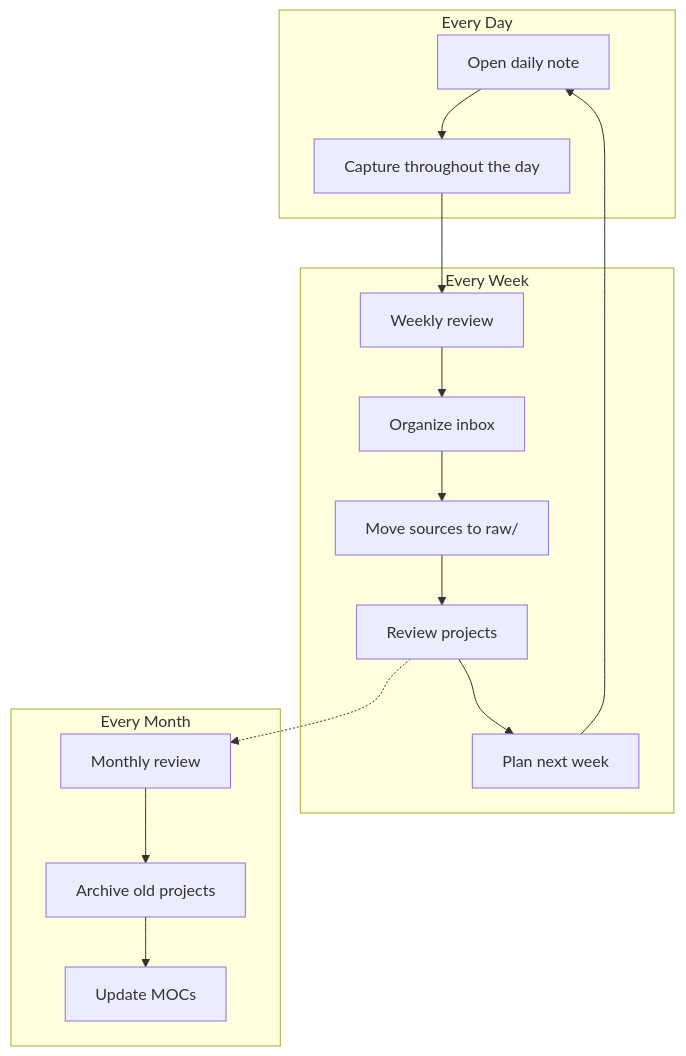
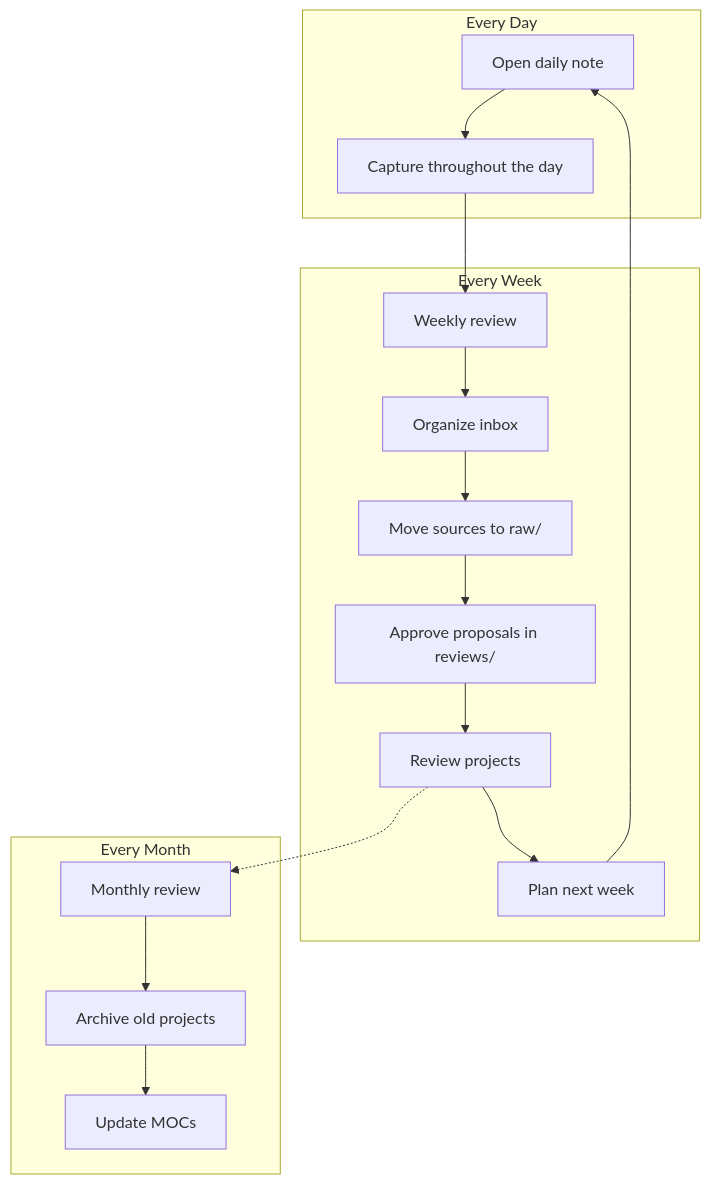
One commit to VanessaPellegrini/second-brain-ecosystem changed the third of 3 diagrams in second-brain/guides/en/06-workflow.md. Above: the diagram before and after it, drawn with Mermaid. The commit also changed other lines of this file and 8 other files, not shown here.

````diff
--- a/second-brain/guides/en/06-workflow.md
+++ b/second-brain/guides/en/06-workflow.md
@@ -128,25 +132,26 @@
 ```mermaid
 flowchart TD
     subgraph Daily[Every Day]
         DN[Open daily note]
         CAP[Capture throughout the day]
     end
     subgraph Weekly[Every Week]
         WR[Weekly review]
         ORG[Organize inbox]
         RAW[Move sources to raw/]
+        REVLIB[Approve proposals in reviews/]
         REV[Review projects]
         PLAN[Plan next week]
     end
     subgraph Monthly[Every Month]
         MR[Monthly review]
         ARCH[Archive old projects]
         MOC[Update MOCs]
     end
     DN --> CAP
     CAP --> WR
-    WR --> ORG --> RAW --> REV --> PLAN
+    WR --> ORG --> RAW --> REVLIB --> REV --> PLAN
     PLAN --> DN
     REV -.-> MR
     MR --> ARCH --> MOC
 ```
````
